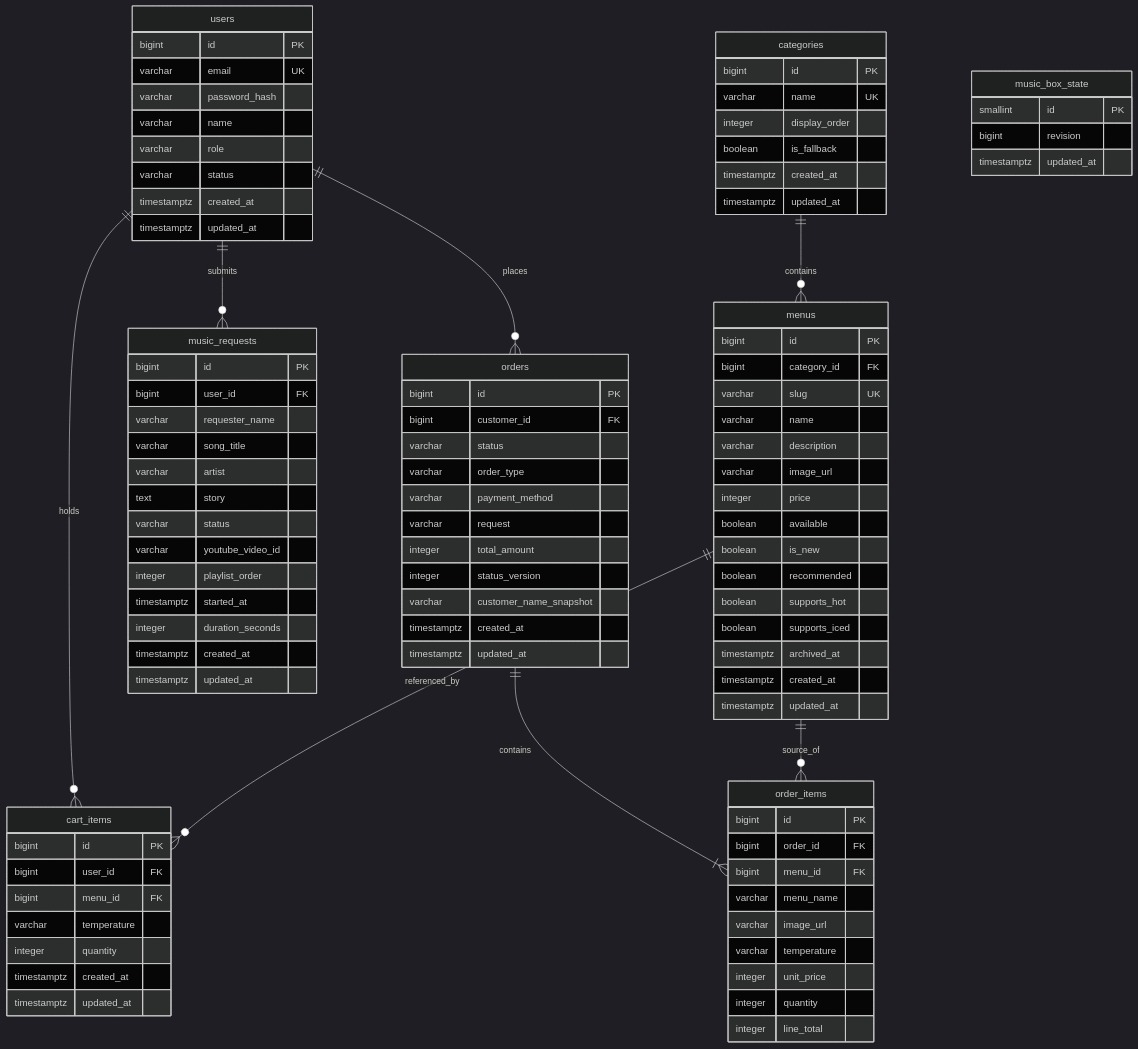
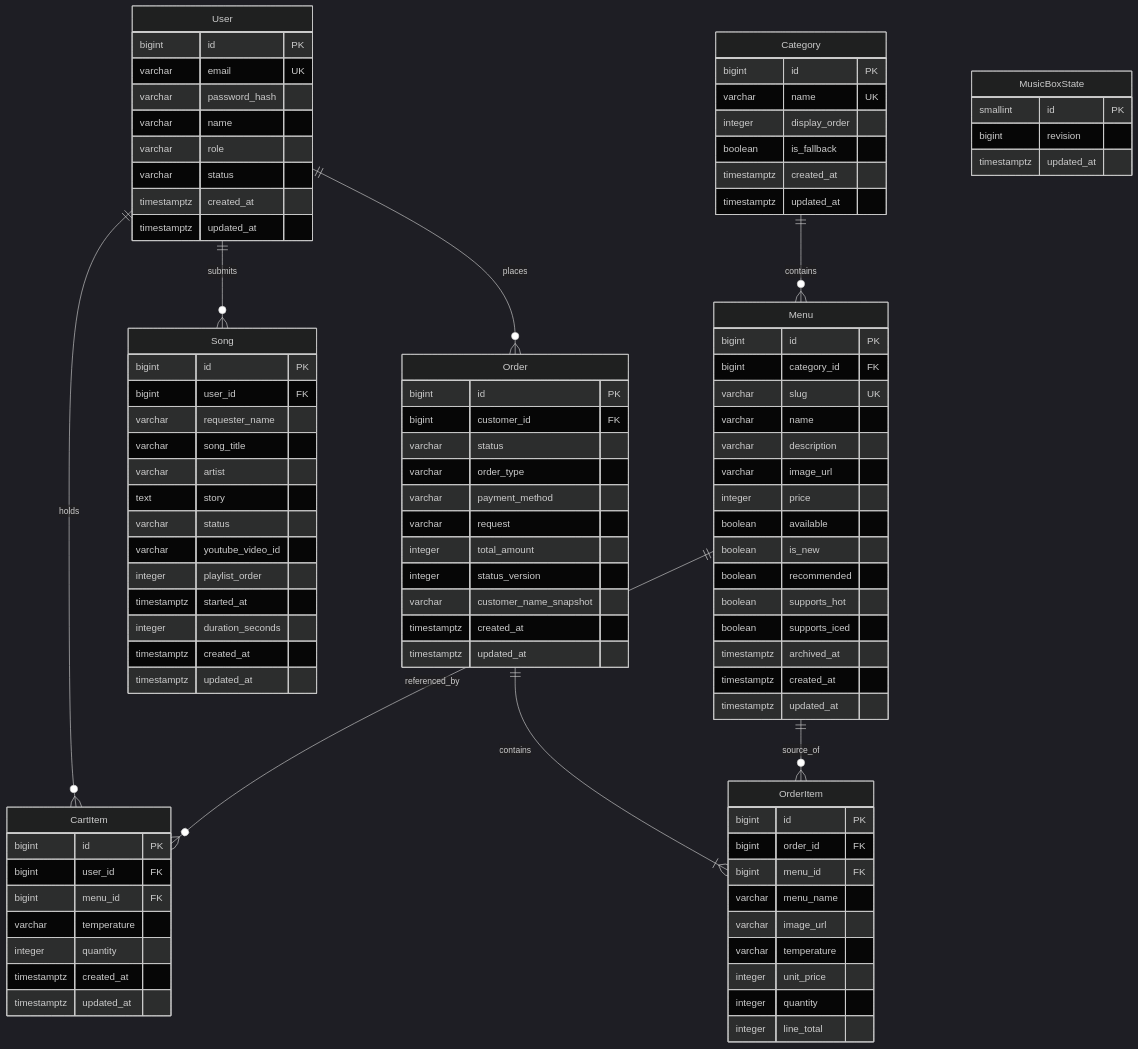
Before and after one commit to likelion-backendschool-9th/3team_ncafe: the diagram in docs/database-design.md, drawn with Mermaid (dark theme). The commit also changed other lines of this file and 3 other files, not shown here.

Commit message:
docs: 백엔드 청사진과 ERD 수정

````diff
--- a/docs/database-design.md
+++ b/docs/database-design.md
@@ -31,14 +33,14 @@
 ```mermaid
 erDiagram
-    users ||--o{ cart_items : holds
-    users ||--o{ orders : places
-    users ||--o{ music_requests : submits
-    categories ||--o{ menus : contains
-    menus ||--o{ cart_items : referenced_by
-    orders ||--|{ order_items : contains
-    menus ||--o{ order_items : source_of
+    User ||--o{ CartItem : holds
+    User ||--o{ Order : places
+    User ||--o{ Song : submits
+    Category ||--o{ Menu : contains
+    Menu ||--o{ CartItem : referenced_by
+    Order ||--|{ OrderItem : contains
+    Menu ||--o{ OrderItem : source_of
 
-    users {
+    User {
       bigint id PK
       varchar email UK
       varchar password_hash
@@ -48,7 +50,7 @@
       timestamptz created_at
       timestamptz updated_at
     }
-    categories {
+    Category {
       bigint id PK
       varchar name UK
       integer display_order
@@ -56,7 +58,7 @@
       timestamptz created_at
       timestamptz updated_at
     }
-    menus {
+    Menu {
       bigint id PK
       bigint category_id FK
       varchar slug UK
@@ -73,7 +75,7 @@
       timestamptz created_at
       timestamptz updated_at
     }
-    cart_items {
+    CartItem {
       bigint id PK
       bigint user_id FK
       bigint menu_id FK
@@ -82,7 +84,7 @@
       timestamptz created_at
       timestamptz updated_at
     }
-    orders {
+    Order {
       bigint id PK
       bigint customer_id FK
       varchar status
@@ -95,7 +97,7 @@
       timestamptz created_at
       timestamptz updated_at
     }
-    order_items {
+    OrderItem {
       bigint id PK
       bigint order_id FK
       bigint menu_id FK
@@ -106,12 +108,12 @@
       integer quantity
       integer line_total
     }
-    music_box_state {
+    MusicBoxState {
       smallint id PK
       bigint revision
       timestamptz updated_at
     }
-    music_requests {
+    Song {
       bigint id PK
       bigint user_id FK
       varchar requester_name
````
